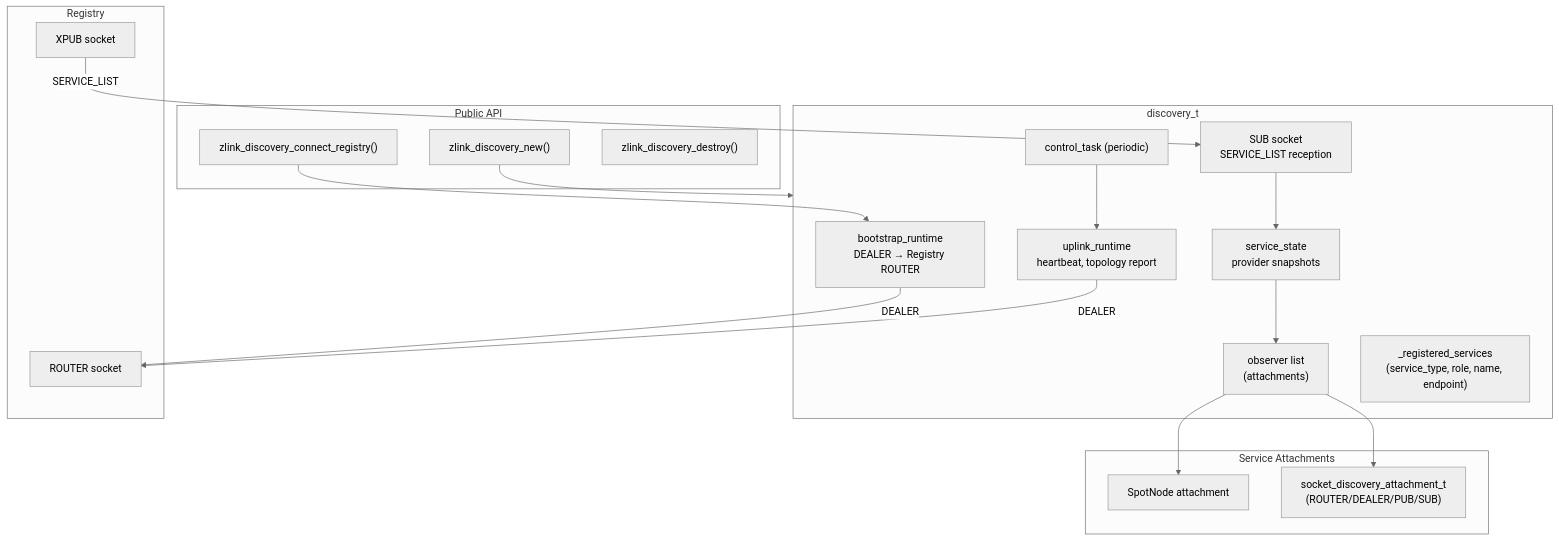
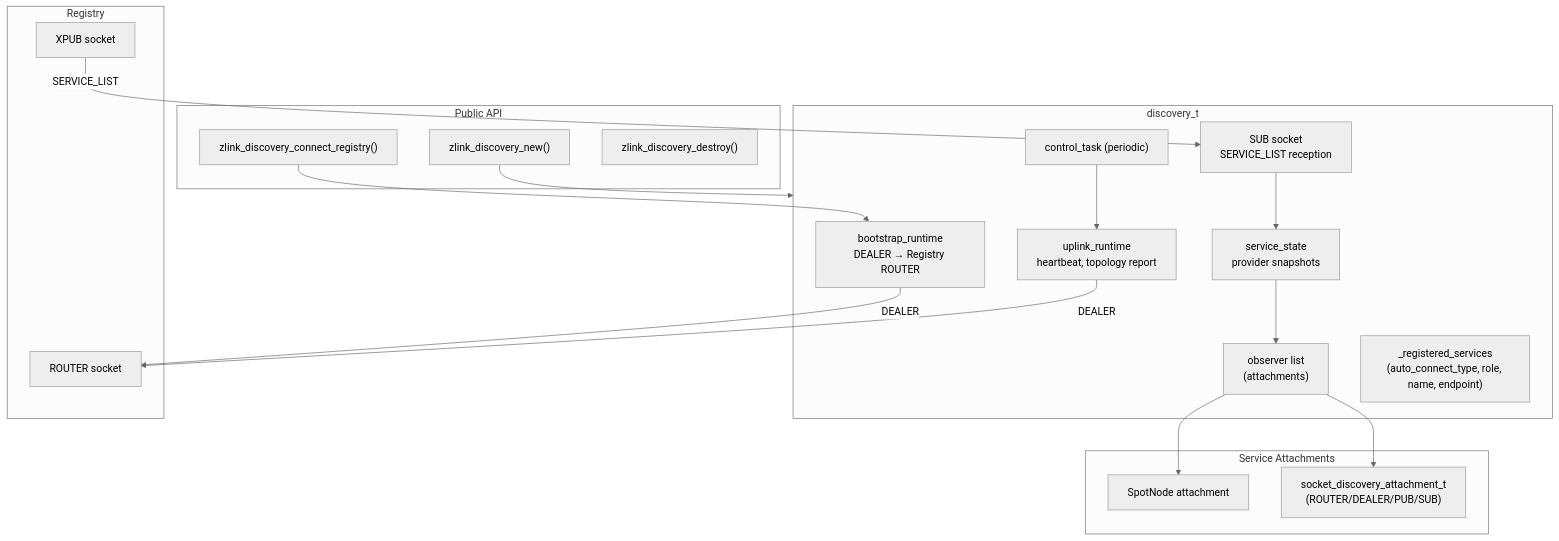
One commit to kairos-code-dev/zlink changed the first of 11 diagrams in doc/internals/discovery-internals.md. Above: the diagram before and after it, drawn with Mermaid (neutral theme). The commit also changed other lines of this file and 228 other files, not shown here.

Commit message:
Implement discovery auto-connect channel types

````diff
--- a/doc/internals/discovery-internals.md
+++ b/doc/internals/discovery-internals.md
@@ -7,39 +7,39 @@
 ```mermaid
 flowchart TB
     subgraph PublicAPI["Public API"]
         disc_new["zlink_discovery_new()"]
         disc_connect["zlink_discovery_connect_registry()"]
         disc_destroy["zlink_discovery_destroy()"]
     end
 
     subgraph DiscoveryCore["discovery_t"]
         bootstrap_rt["bootstrap_runtime<br/>DEALER → Registry ROUTER"]
         uplink_rt["uplink_runtime<br/>heartbeat, topology report"]
         sub_socket["SUB socket<br/>SERVICE_LIST reception"]
         service_state["service_state<br/>provider snapshots"]
         observers["observer list<br/>(attachments)"]
-        registered["_registered_services<br/>(service_type, role, name, endpoint)"]
+        registered["_registered_services<br/>(auto_connect_type, role, name, endpoint)"]
         control_task["control_task (periodic)"]
     end
 
     subgraph Attachments["Service Attachments"]
         spot_attach["SpotNode attachment"]
         socket_attach["socket_discovery_attachment_t<br/>(ROUTER/DEALER/PUB/SUB)"]
     end
 
     subgraph Registry["Registry"]
         reg_router["ROUTER socket"]
         reg_pub["XPUB socket"]
     end
 
     disc_new --> DiscoveryCore
     disc_connect --> bootstrap_rt
     bootstrap_rt -->|DEALER| reg_router
     uplink_rt -->|DEALER| reg_router
     reg_pub -->|SERVICE_LIST| sub_socket
     sub_socket --> service_state
     service_state --> observers
     observers --> spot_attach
     observers --> socket_attach
     control_task --> uplink_rt
 ```
````
